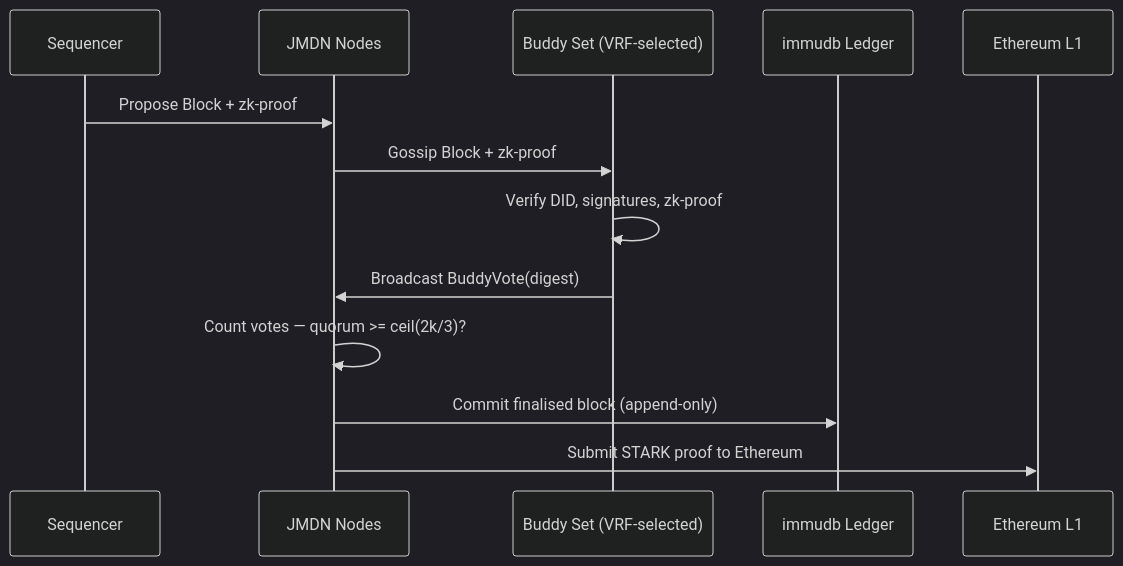
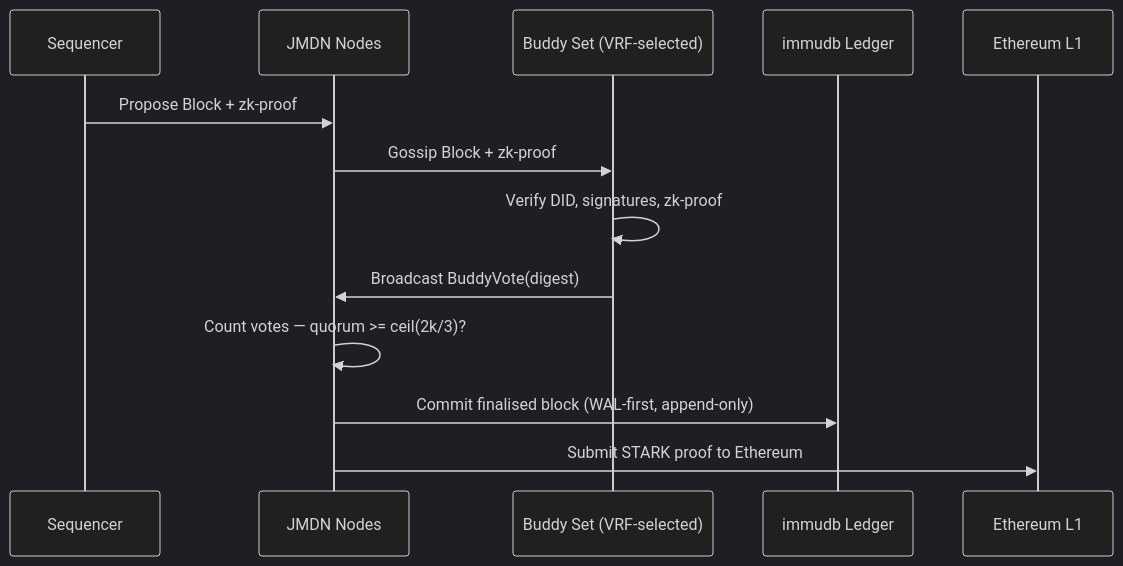
Before and after one commit to JupiterMetaLabs/docs: the diagram in docs/bft.md, drawn with Mermaid (dark theme). The commit also changed other lines of this file and 20 other files, not shown here.

````diff
--- a/docs/bft.md
+++ b/docs/bft.md
@@ -66,16 +66,16 @@
 ```mermaid
 sequenceDiagram
     participant S as Sequencer
     participant JMDN as JMDN Nodes
     participant Buddies as Buddy Set (VRF-selected)
     participant immudb as immudb Ledger
     participant L1 as Ethereum L1
 
     S->>JMDN: Propose Block + zk-proof
     JMDN->>Buddies: Gossip Block + zk-proof
     Buddies->>Buddies: Verify DID, signatures, zk-proof
     Buddies->>JMDN: Broadcast BuddyVote(digest)
     JMDN->>JMDN: Count votes — quorum >= ceil(2k/3)?
-    JMDN->>immudb: Commit finalised block (append-only)
+    JMDN->>immudb: Commit finalised block (WAL-first, append-only)
     JMDN->>L1: Submit STARK proof to Ethereum
 ```
````
